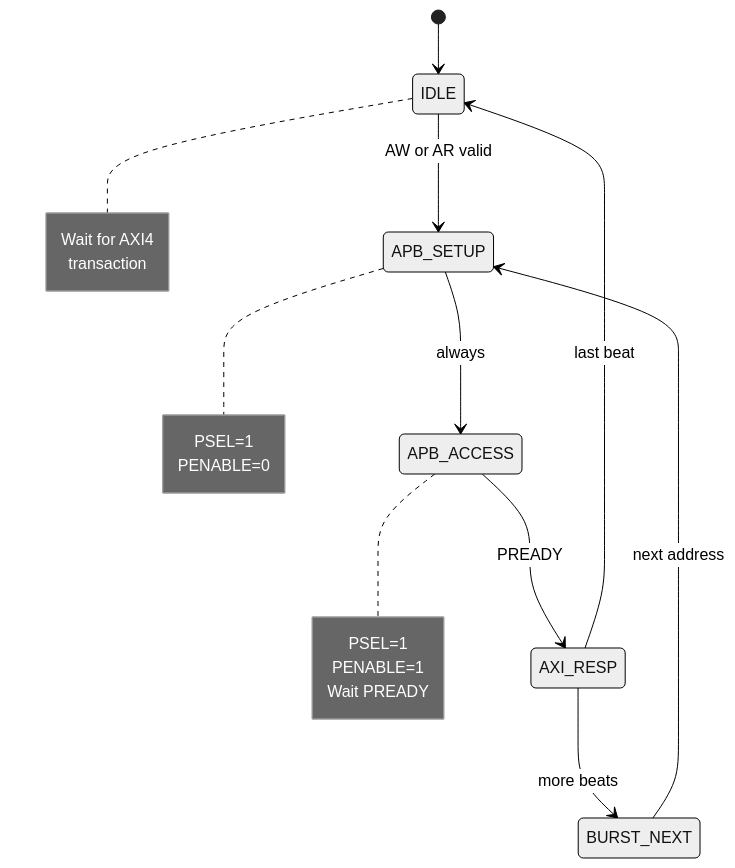
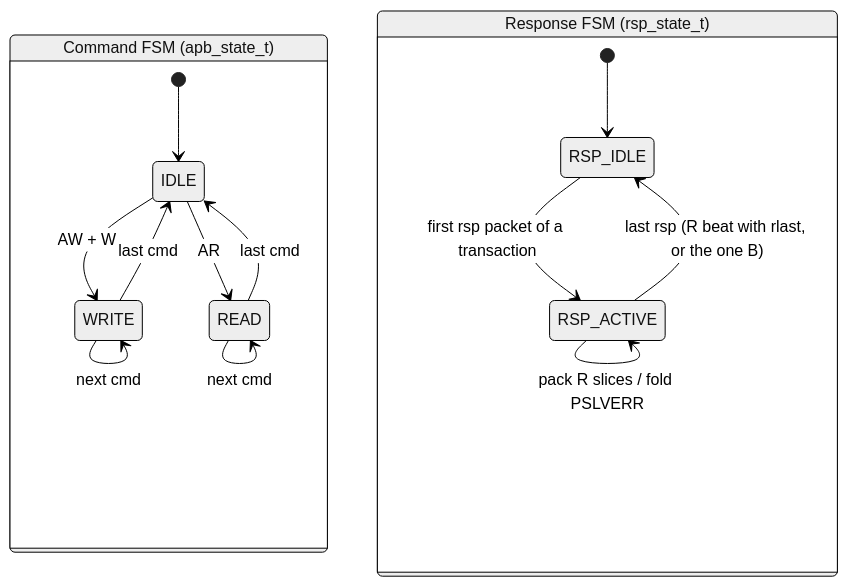
The diagram in projects/components/utility-ip/converters/docs/converter_mas/assets/mermaid/axi4_to_apb4_fsm.mmd (sean-galloway/RTLDesignSherpa), drawn with Mermaid before and after one commit. The commit also changed 74 other files, not shown here.

```diff
--- a/projects/components/utility-ip/converters/docs/converter_mas/assets/mermaid/axi4_to_apb4_fsm.mmd
+++ b/projects/components/utility-ip/converters/docs/converter_mas/assets/mermaid/axi4_to_apb4_fsm.mmd
@@ -1,30 +1,17 @@
 %%{init: {'theme': 'neutral'}}%%
 stateDiagram-v2
-    [*] --> IDLE
-
-    IDLE --> APB_SETUP: AW or AR valid
-
-    APB_SETUP --> APB_ACCESS: always
-
-    APB_ACCESS --> AXI_RESP: PREADY
-
-    AXI_RESP --> BURST_NEXT: more beats
-    AXI_RESP --> IDLE: last beat
-
-    BURST_NEXT --> APB_SETUP: next address
-
-    note right of IDLE
-        Wait for AXI4
-        transaction
-    end note
-
-    note right of APB_SETUP
-        PSEL=1
-        PENABLE=0
-    end note
-
-    note right of APB_ACCESS
-        PSEL=1
-        PENABLE=1
-        Wait PREADY
-    end note
+    state "Command FSM (apb_state_t)" as CMD {
+        [*] --> IDLE
+        IDLE --> WRITE: AW + W
+        IDLE --> READ: AR
+        WRITE --> WRITE: next cmd
+        READ --> READ: next cmd
+        WRITE --> IDLE: last cmd
+        READ --> IDLE: last cmd
+    }
+    state "Response FSM (rsp_state_t)" as RSP {
+        [*] --> RSP_IDLE
+        RSP_IDLE --> RSP_ACTIVE: first rsp packet of a transaction
+        RSP_ACTIVE --> RSP_ACTIVE: pack R slices / fold PSLVERR
+        RSP_ACTIVE --> RSP_IDLE: last rsp (R beat with rlast, or the one B)
+    }
```
